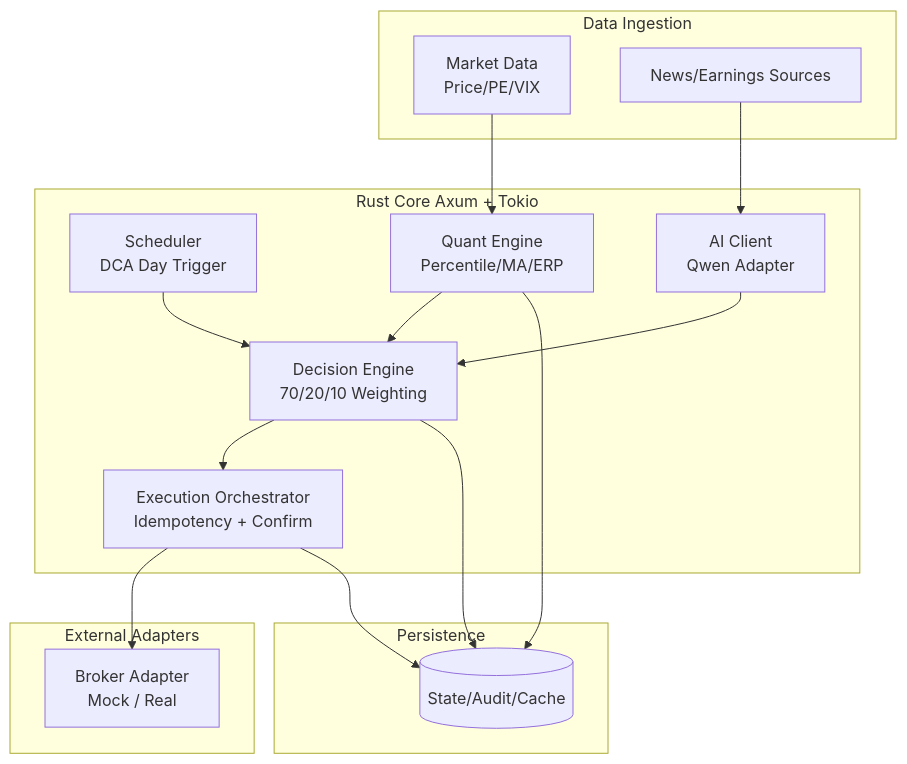
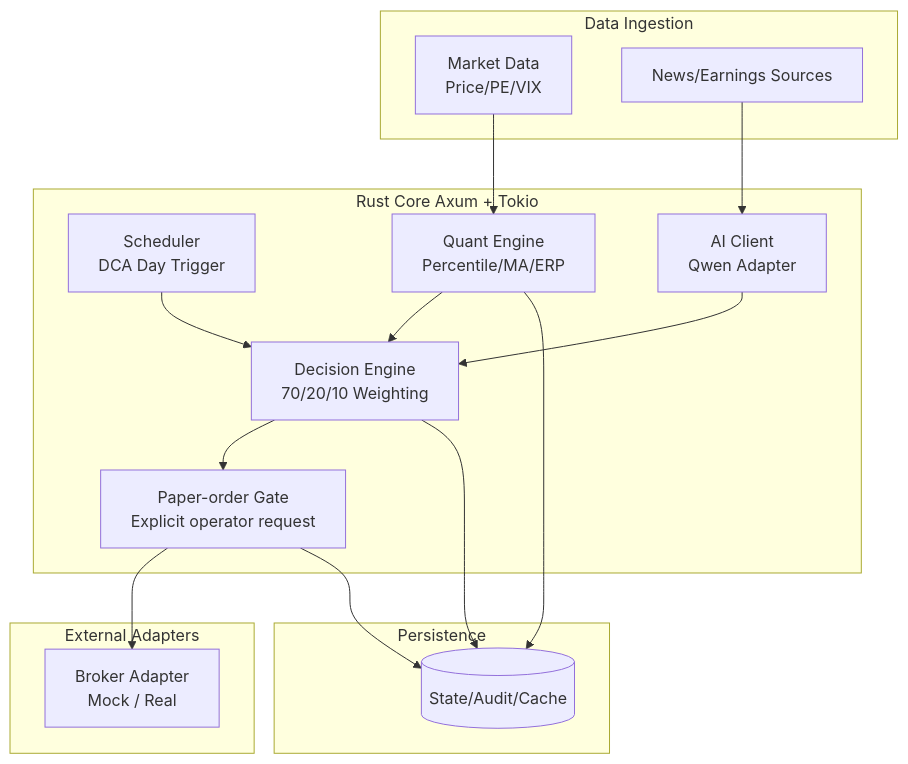
One commit to GuZZ1119/indexlink changed the diagram in readme.en.md. Above: the diagram before and after it, drawn with Mermaid. The commit also changed other lines of this file and 3 other files, not shown here.

````diff
--- a/readme.en.md
+++ b/readme.en.md
@@ -102,34 +102,34 @@
 ```mermaid
 graph TD
     subgraph Ingestion[Data Ingestion]
         MD[Market Data<br/>Price/PE/VIX]
         NEWS[News/Earnings Sources]
     end
 
     subgraph Core[Rust Core Axum + Tokio]
         SCH[Scheduler<br/>DCA Day Trigger]
         QUANT[Quant Engine<br/>Percentile/MA/ERP]
         AICLI[AI Client<br/>Qwen Adapter]
         DEC[Decision Engine<br/>70/20/10 Weighting]
-        EXEC[Execution Orchestrator<br/>Idempotency + Confirm]
+        EXEC[Paper-order Gate<br/>Explicit operator request]
     end
 
     subgraph Adapters[External Adapters]
         BROKER[Broker Adapter<br/>Mock / Real]
     end
 
     subgraph Storage[Persistence]
         DB[(State/Audit/Cache)]
     end
 
     MD --> QUANT
     NEWS --> AICLI
     SCH --> DEC
     QUANT --> DEC
     AICLI --> DEC
     DEC --> EXEC
     EXEC --> BROKER
     DEC --> DB
     EXEC --> DB
     QUANT --> DB
 ```
````
